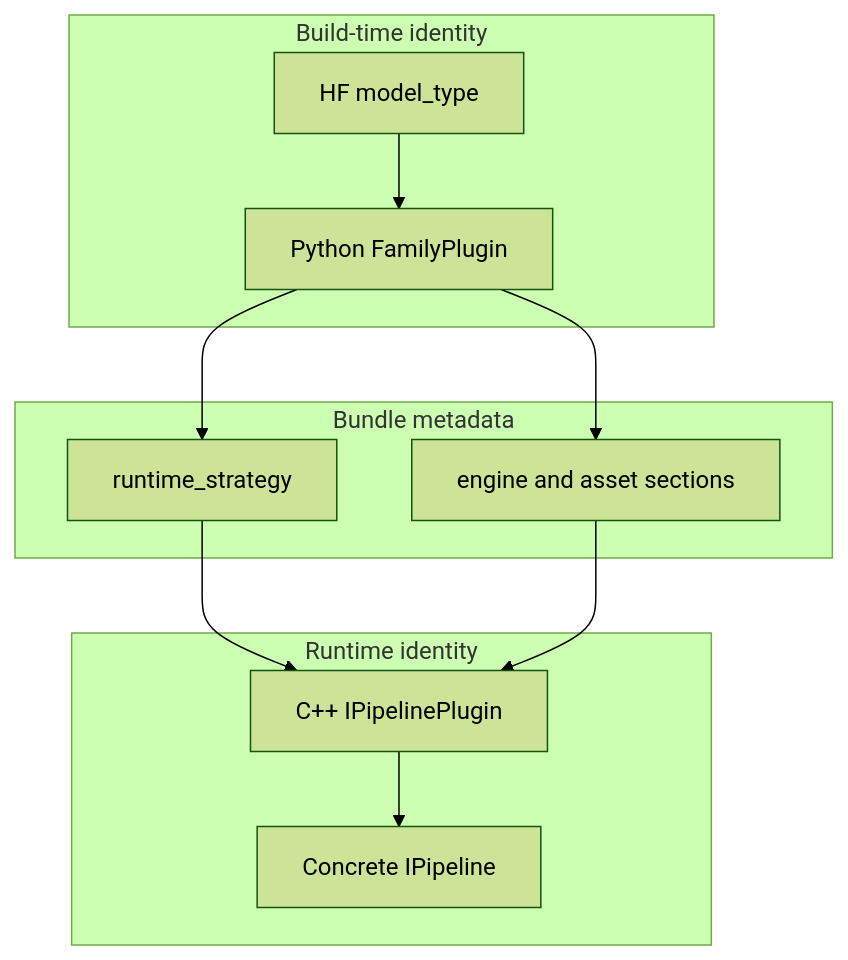
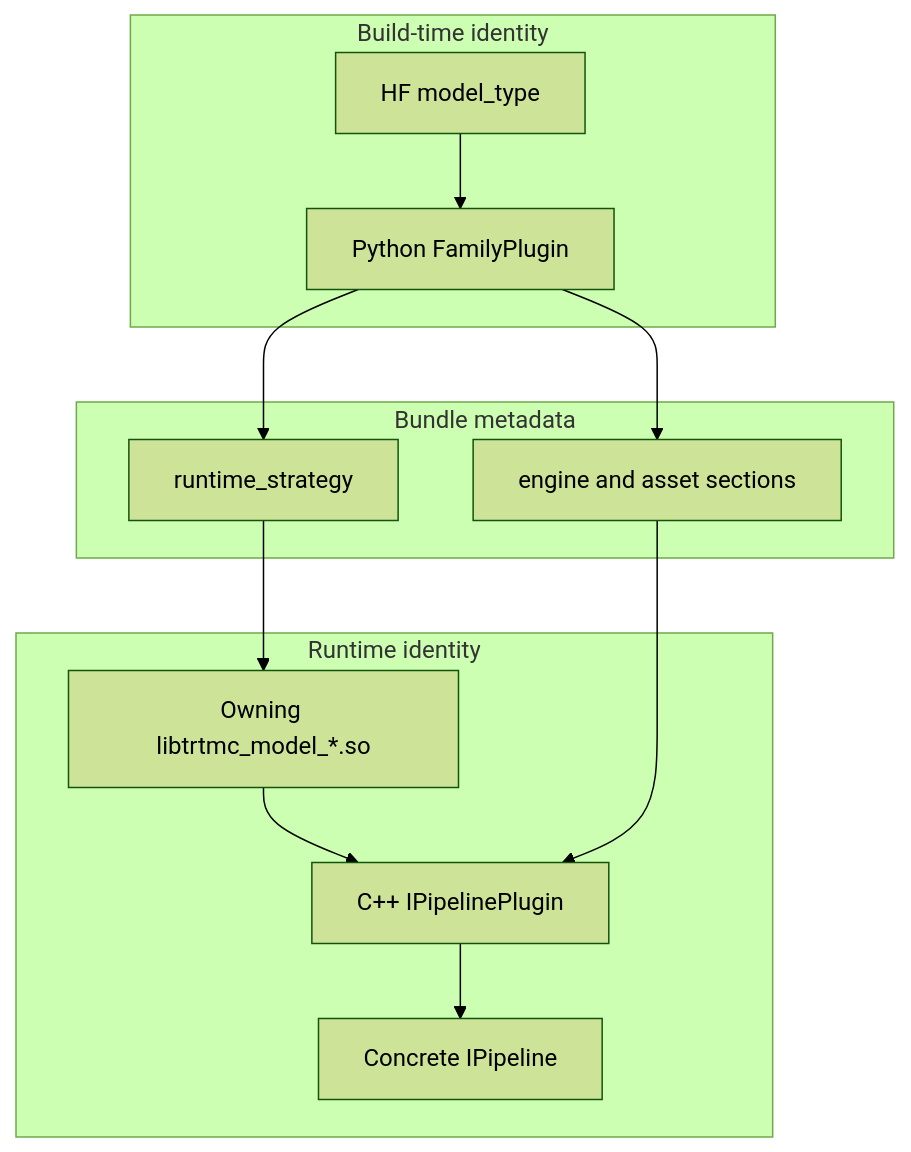
The third of 6 diagrams in website/docs/architecture/overview.md (NVIDIA/TensorRT-Model-Connect), drawn with Mermaid (forest theme) before and after one commit. The commit also changed other lines of this file and 104 other files, not shown here.

First line of the commit message:
docs: align documentation with current architecture

````diff
--- a/website/docs/architecture/overview.md
+++ b/website/docs/architecture/overview.md
@@ -122,17 +124,18 @@
 ```mermaid
 flowchart TB
   subgraph BuildTime["Build-time identity"]
     ModelType["HF model_type"] --> Family["Python FamilyPlugin"]
   end
 
   subgraph BundleTime["Bundle metadata"]
     Family --> Strategy["runtime_strategy"]
     Family --> Sections["engine and asset sections"]
   end
 
   subgraph RunTime["Runtime identity"]
-    Strategy --> CppPlugin["C++ IPipelinePlugin"]
+    Strategy --> DSO["Owning libtrtmc_model_*.so"]
+    DSO --> CppPlugin["C++ IPipelinePlugin"]
     Sections --> CppPlugin
     CppPlugin --> Pipeline["Concrete IPipeline"]
   end
 ```
````
